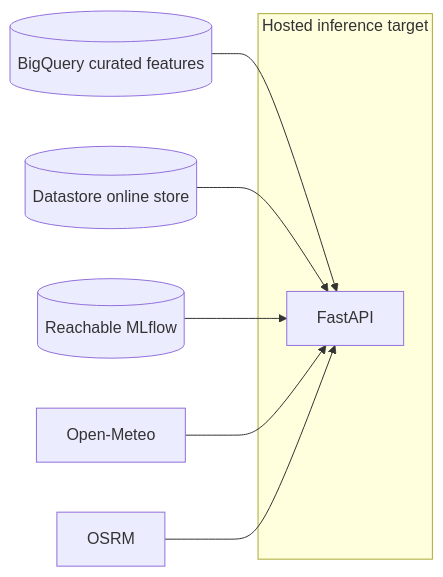
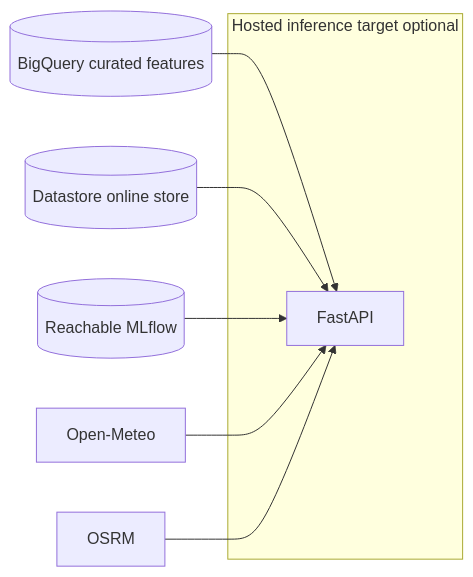
Before and after one commit to javihslu/foehncast: the fifth of 5 diagrams in docs/site/system/architecture.md, drawn with Mermaid. The commit also changed other lines of this file and 20 other files, not shown here.

```diff
--- a/docs/site/system/architecture.md
+++ b/docs/site/system/architecture.md
@@ -127,11 +131,11 @@
 <div class="mermaid">
 flowchart LR
-    subgraph Run[Hosted inference target]
+    subgraph Run[Hosted inference target optional]
         RAPI[FastAPI]
     end
     BQ2[(BigQuery curated features)] --> RAPI
     DS2[(Datastore online store)] --> RAPI
     MLF2[(Reachable MLflow)] --> RAPI
     OME2[Open-Meteo] --> RAPI
     OSRM2[OSRM] --> RAPI
 </div>
```
